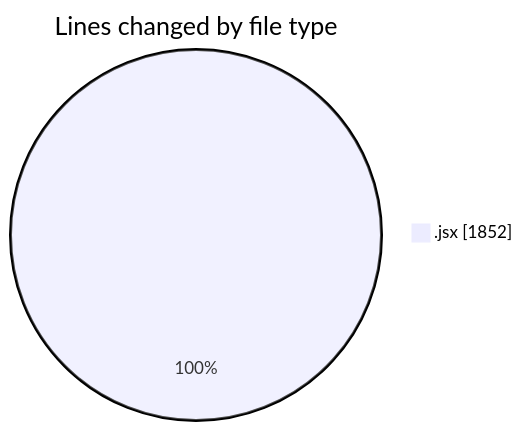
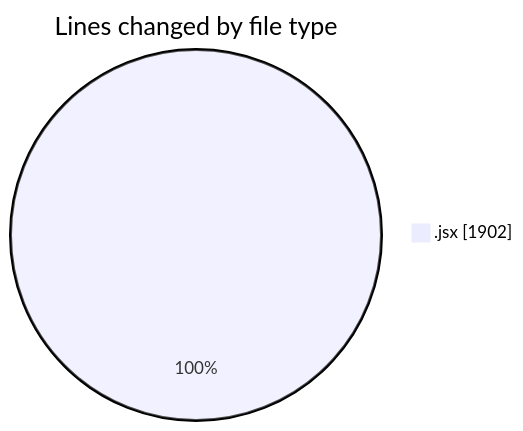
Before and after one commit to nxtqubesakshisongat/code-tracking: the first of 2 diagrams in 2025-05-07/nxtqube_webapp/README.md, drawn with Mermaid. The commit also changed other lines of this file and 1 other file, not shown here.

````diff
--- a/2025-05-07/nxtqube_webapp/README.md
+++ b/2025-05-07/nxtqube_webapp/README.md
@@ -20,5 +20,5 @@
 ```mermaid
 pie showData
 title Lines changed by file type
-".jsx" : 1852
+".jsx" : 1902
 ```
````
